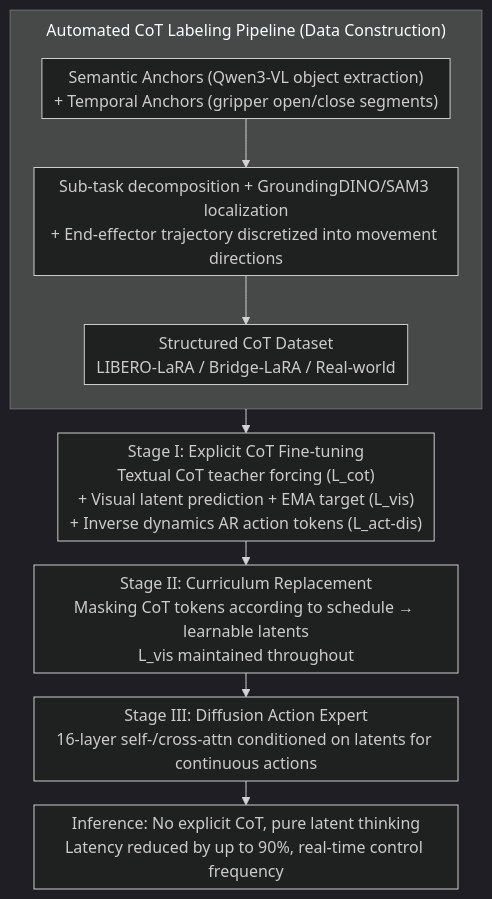
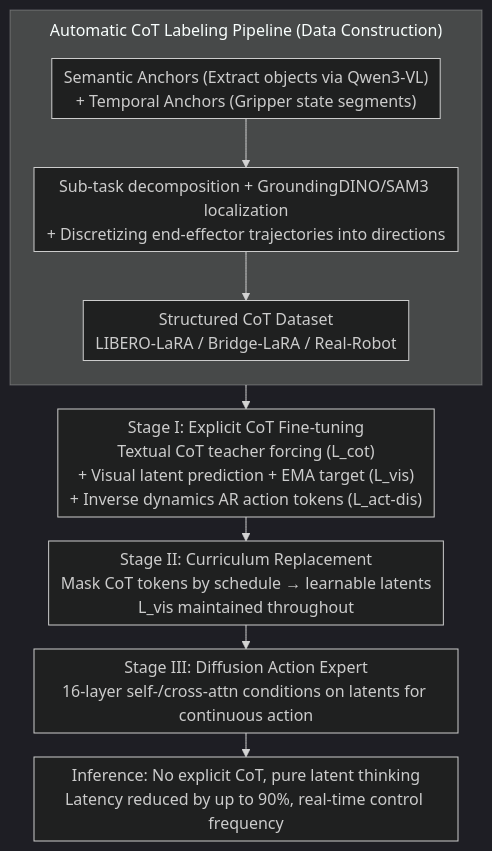
Before and after one commit to zhaoyang97/Paper-Notes-en: the diagram in docs/ICML2026/robotics/latent_reasoning_vla_latent_thinking_and_prediction_for_vision-language-action_m.md, drawn with Mermaid (dark theme). The commit also changed other lines of this file and 5084 other files, not shown here.

````diff
--- a/docs/ICML2026/robotics/latent_reasoning_vla_latent_thinking_and_prediction_for_vision-language-action_m.md
+++ b/docs/ICML2026/robotics/latent_reasoning_vla_latent_thinking_and_prediction_for_vision-language-action_m.md
@@ -43,13 +43,13 @@
 ```mermaid
 %%{init: {'flowchart': {'rankSpacing': 24, 'nodeSpacing': 28, 'padding': 6, 'wrappingWidth': 400, 'subGraphTitleMargin': {'top': 8, 'bottom': 16}}}}%%
 flowchart TD
-    subgraph DATA["Automated CoT Labeling Pipeline (Data Construction)"]
+    subgraph DATA["Automatic CoT Labeling Pipeline (Data Construction)"]
         direction TB
-        A["Semantic Anchors (Qwen3-VL object extraction)<br/>+ Temporal Anchors (gripper open/close segments)"] --> B["Sub-task decomposition + GroundingDINO/SAM3 localization<br/>+ End-effector trajectory discretized into movement directions"]
-        B --> C["Structured CoT Dataset<br/>LIBERO-LaRA / Bridge-LaRA / Real-world"]
+        A["Semantic Anchors (Extract objects via Qwen3-VL)<br/>+ Temporal Anchors (Gripper state segments)"] --> B["Sub-task decomposition + GroundingDINO/SAM3 localization<br/>+ Discretizing end-effector trajectories into directions"]
+        B --> C["Structured CoT Dataset<br/>LIBERO-LaRA / Bridge-LaRA / Real-Robot"]
     end
     C --> S1["Stage I: Explicit CoT Fine-tuning<br/>Textual CoT teacher forcing (L_cot)<br/>+ Visual latent prediction + EMA target (L_vis)<br/>+ Inverse dynamics AR action tokens (L_act-dis)"]
-    S1 --> S2["Stage II: Curriculum Replacement<br/>Masking CoT tokens according to schedule → learnable latents<br/>L_vis maintained throughout"]
-    S2 --> S3["Stage III: Diffusion Action Expert<br/>16-layer self-/cross-attn conditioned on latents for continuous actions"]
+    S1 --> S2["Stage II: Curriculum Replacement<br/>Mask CoT tokens by schedule → learnable latents<br/>L_vis maintained throughout"]
+    S2 --> S3["Stage III: Diffusion Action Expert<br/>16-layer self-/cross-attn conditions on latents for continuous action"]
     S3 --> OUT["Inference: No explicit CoT, pure latent thinking<br/>Latency reduced by up to 90%, real-time control frequency"]
 ```
````
